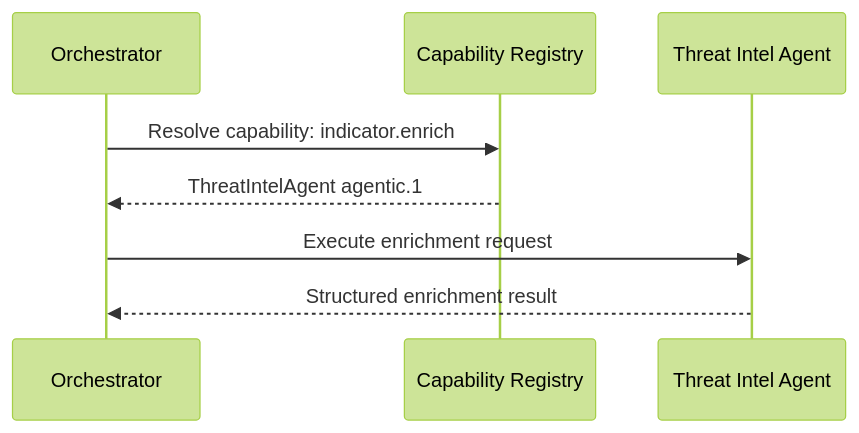
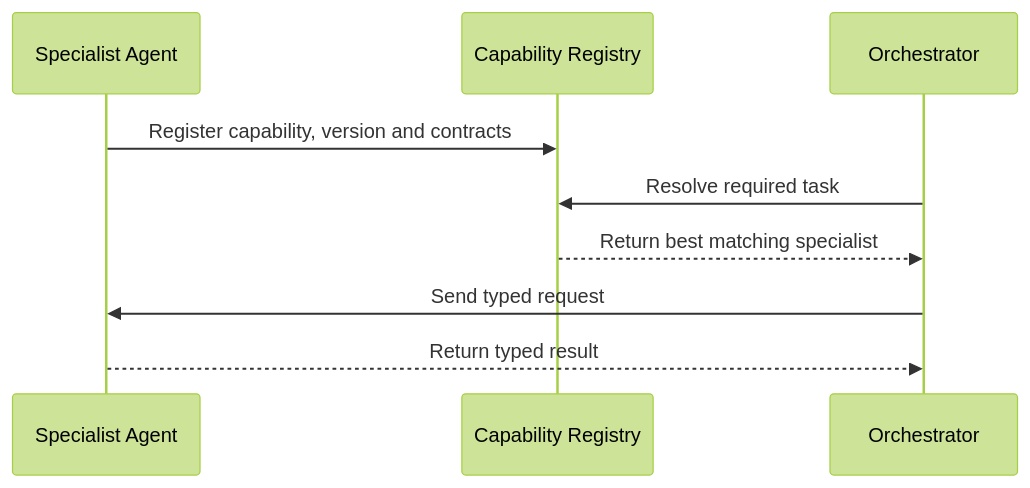
Before and after one commit to Manish927/agentic-threat-intelligence: the sixth of 15 diagrams in README.md, drawn with Mermaid (forest theme). The commit also changed other lines of this file, not shown here.

Commit message:
docs: refine Agentic Threat Intelligence architecture and README

````diff
--- a/README.md
+++ b/README.md
@@ -278,11 +437,12 @@
 ```mermaid
 sequenceDiagram
+    participant A as Specialist Agent
+    participant R as Capability Registry
     participant O as Orchestrator
-    participant R as Capability Registry
-    participant T as Threat Intel Agent
 
-    O->>R: Resolve capability: indicator.enrich
-    R-->>O: ThreatIntelAgent agentic.1
-    O->>T: Execute enrichment request
-    T-->>O: Structured enrichment result
+    A->>R: Register capability, version and contracts
+    O->>R: Resolve required task
+    R-->>O: Return best matching specialist
+    O->>A: Send typed request
+    A-->>O: Return typed result
 ```
````
